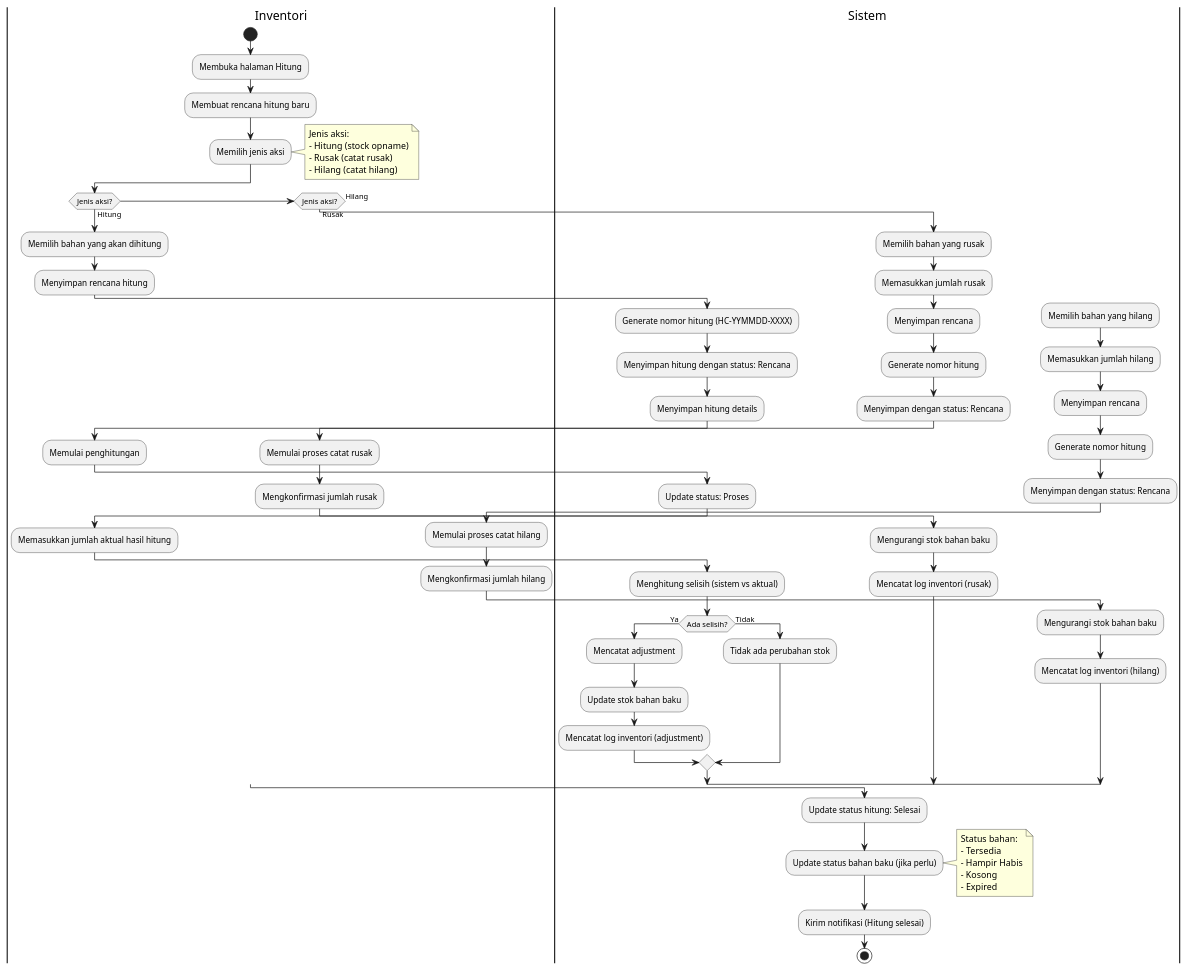
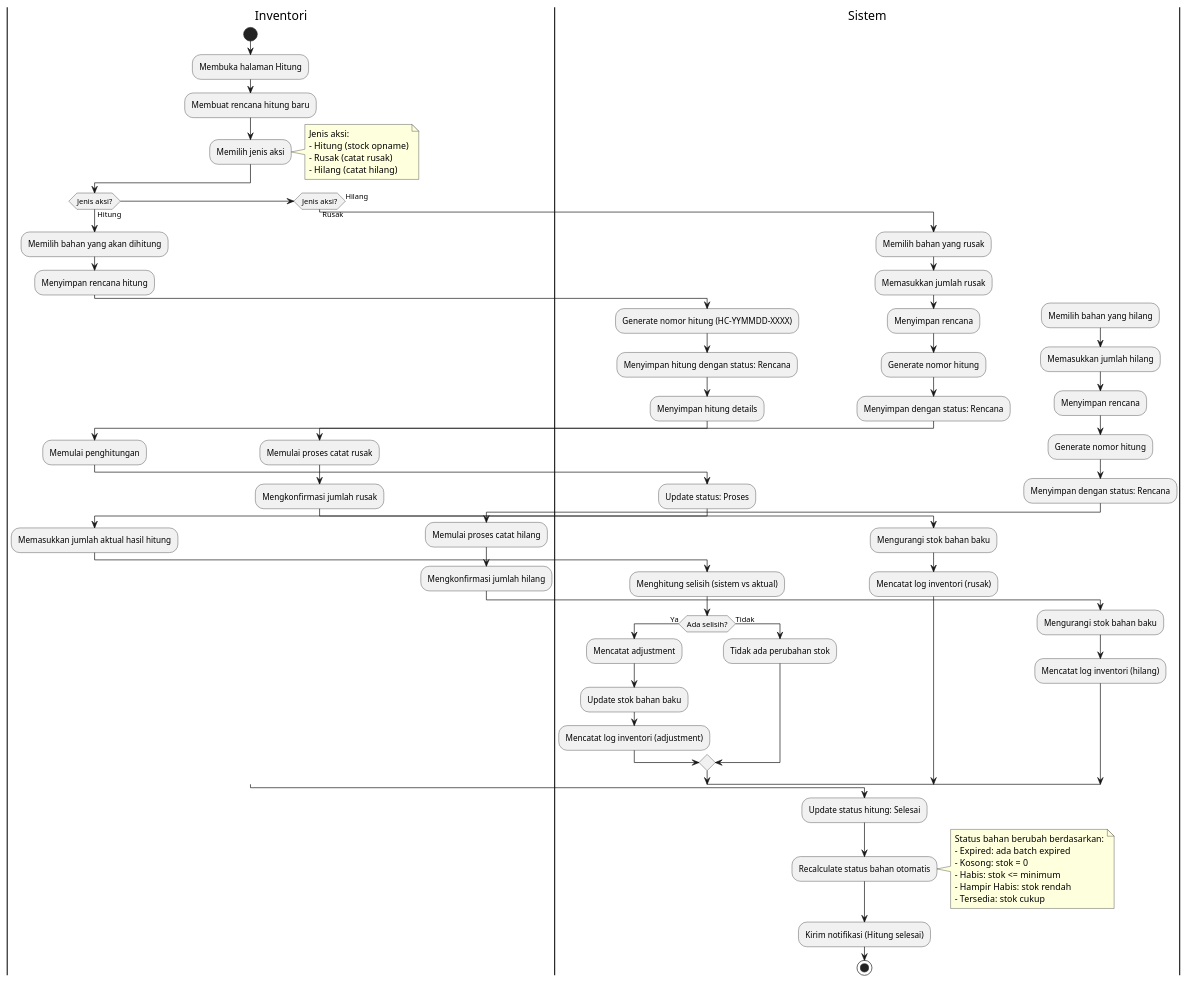
One commit to pawon3d/pawon3d changed the diagram in docs/diagrams/puml/02_activity_hitung.puml. Above: the diagram before and after it, drawn with PlantUML. The commit also changed 15 other files, not shown here.

```diff
--- a/docs/diagrams/puml/02_activity_hitung.puml
+++ b/docs/diagrams/puml/02_activity_hitung.puml
@@ -1,94 +1,95 @@
 @startuml Activity Diagram - Proses Hitung Stok
 
 |Inventori|
 start
 :Membuka halaman Hitung;
 :Membuat rencana hitung baru;
 
 :Memilih jenis aksi;
 note right
   Jenis aksi:
   - Hitung (stock opname)
   - Rusak (catat rusak)
   - Hilang (catat hilang)
 end note
 
 if (Jenis aksi?) then (Hitung)
     :Memilih bahan yang akan dihitung;
     :Menyimpan rencana hitung;
     
     |Sistem|
     :Generate nomor hitung (HC-YYMMDD-XXXX);
     :Menyimpan hitung dengan status: Rencana;
     :Menyimpan hitung details;
     
     |Inventori|
     :Memulai penghitungan;
     
     |Sistem|
     :Update status: Proses;
     
     |Inventori|
     :Memasukkan jumlah aktual hasil hitung;
     
     |Sistem|
     :Menghitung selisih (sistem vs aktual);
     
     if (Ada selisih?) then (Ya)
         :Mencatat adjustment;
         :Update stok bahan baku;
         :Mencatat log inventori (adjustment);
     else (Tidak)
         :Tidak ada perubahan stok;
     endif
     
 elseif (Jenis aksi?) then (Rusak)
     :Memilih bahan yang rusak;
     :Memasukkan jumlah rusak;
     :Menyimpan rencana;
     
     |Sistem|
     :Generate nomor hitung;
     :Menyimpan dengan status: Rencana;
     
     |Inventori|
     :Memulai proses catat rusak;
     :Mengkonfirmasi jumlah rusak;
     
     |Sistem|
     :Mengurangi stok bahan baku;
     :Mencatat log inventori (rusak);
     
 else (Hilang)
     :Memilih bahan yang hilang;
     :Memasukkan jumlah hilang;
     :Menyimpan rencana;
     
     |Sistem|
     :Generate nomor hitung;
     :Menyimpan dengan status: Rencana;
     
     |Inventori|
     :Memulai proses catat hilang;
     :Mengkonfirmasi jumlah hilang;
     
     |Sistem|
     :Mengurangi stok bahan baku;
     :Mencatat log inventori (hilang);
 endif
 
 |Sistem|
 :Update status hitung: Selesai;
-:Update status bahan baku (jika perlu);
+:Recalculate status bahan otomatis;
 note right
-  Status bahan:
-  - Tersedia
-  - Hampir Habis
-  - Kosong
-  - Expired
+  Status bahan berubah berdasarkan:
+  - Expired: ada batch expired
+  - Kosong: stok = 0
+  - Habis: stok <= minimum
+  - Hampir Habis: stok rendah
+  - Tersedia: stok cukup
 end note
 :Kirim notifikasi (Hitung selesai);
 
 stop
 
 @enduml
```
